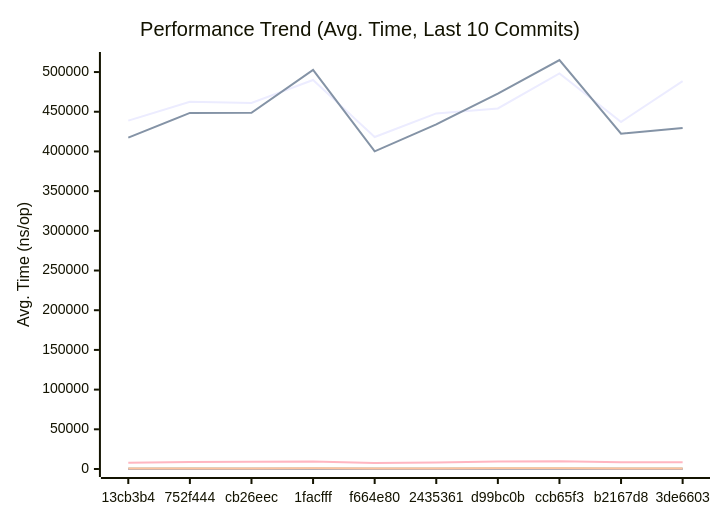
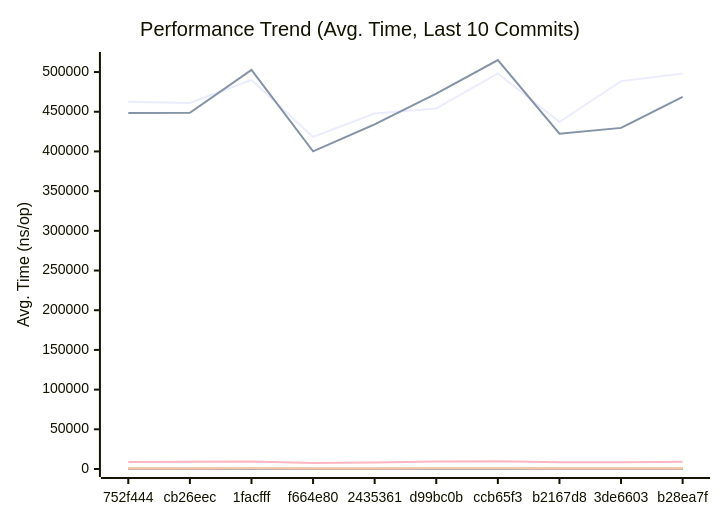
Before and after one commit to alsotoes/momo: the first of 3 diagrams in docs/PERFORMANCE.md, drawn with Mermaid. The commit also changed other lines of this file and 6 other files, not shown here.

````diff
--- a/docs/PERFORMANCE.md
+++ b/docs/PERFORMANCE.md
@@ -145,20 +145,20 @@
 ```mermaid
 xychart-beta
     title "Performance Trend (Avg. Time, Last 10 Commits)"
     x-axis "Commit"
     y-axis "Avg. Time (ns/op)"
-    x-axis [13cb3b4,752f444,cb26eec,1facfff,f664e80,2435361,d99bc0b,ccb65f3,b2167d8,3de6603]
-    line "AWSChunkedReaderSigned" [438813,462513,460953,489981,418132,447933,454201,498260,437140,488574]
-    line "AWSChunkedReaderUnsigned" [417363,448517,448767,502752,400163,434167,472936,515178,422333,429659]
-    line "CheckMetricsAndSwap" [8,9,9,10,7,8,11,10,8,8]
-    line "CrushOptimized" [370,424,329,313,300,360,327,392,318,363]
-    line "CrushOriginal" [460,605,462,474,395,414,473,508,433,434]
+    x-axis [752f444,cb26eec,1facfff,f664e80,2435361,d99bc0b,ccb65f3,b2167d8,3de6603,b28ea7f]
+    line "AWSChunkedReaderSigned" [462513,460953,489981,418132,447933,454201,498260,437140,488574,498069]
+    line "AWSChunkedReaderUnsigned" [448517,448767,502752,400163,434167,472936,515178,422333,429659,468690]
+    line "CheckMetricsAndSwap" [9,9,10,7,8,11,10,8,8,11]
+    line "CrushOptimized" [424,329,313,300,360,327,392,318,363,314]
+    line "CrushOriginal" [605,462,474,395,414,473,508,433,434,468]
     line "IndexDirectTracking" [0,0,0,0,0,0,0,0,0,0]
-    line "IndexSearch" [3,3,3,3,3,3,3,3,3,2]
-    line "LoadGlobalConfig" [7965,8740,9209,9546,7608,8267,9369,9892,8516,8353]
-    line "PadString" [39,42,51,49,39,40,55,47,40,42]
+    line "IndexSearch" [3,3,3,3,3,3,3,3,2,2]
+    line "LoadGlobalConfig" [8740,9209,9546,7608,8267,9369,9892,8516,8353,9052]
+    line "PadString" [42,51,49,39,40,55,47,40,42,47]
     line "ParseReplicationOrder_NoPrealloc" [350,349,357,354,345,225,229,165,232,234]
     line "ParseReplicationOrder_Prealloc" [229,231,237,234,229,108,107,80,110,109]
-    line "SanitizeLog/Safe" [234,225,309,240,224,240,236,244,225,243]
-    line "SanitizeLog/Unsafe" [654,741,781,861,650,706,809,898,695,698]
+    line "SanitizeLog/Safe" [225,309,240,224,240,236,244,225,243,248]
+    line "SanitizeLog/Unsafe" [741,781,861,650,706,809,898,695,698,749]
 ```
````
